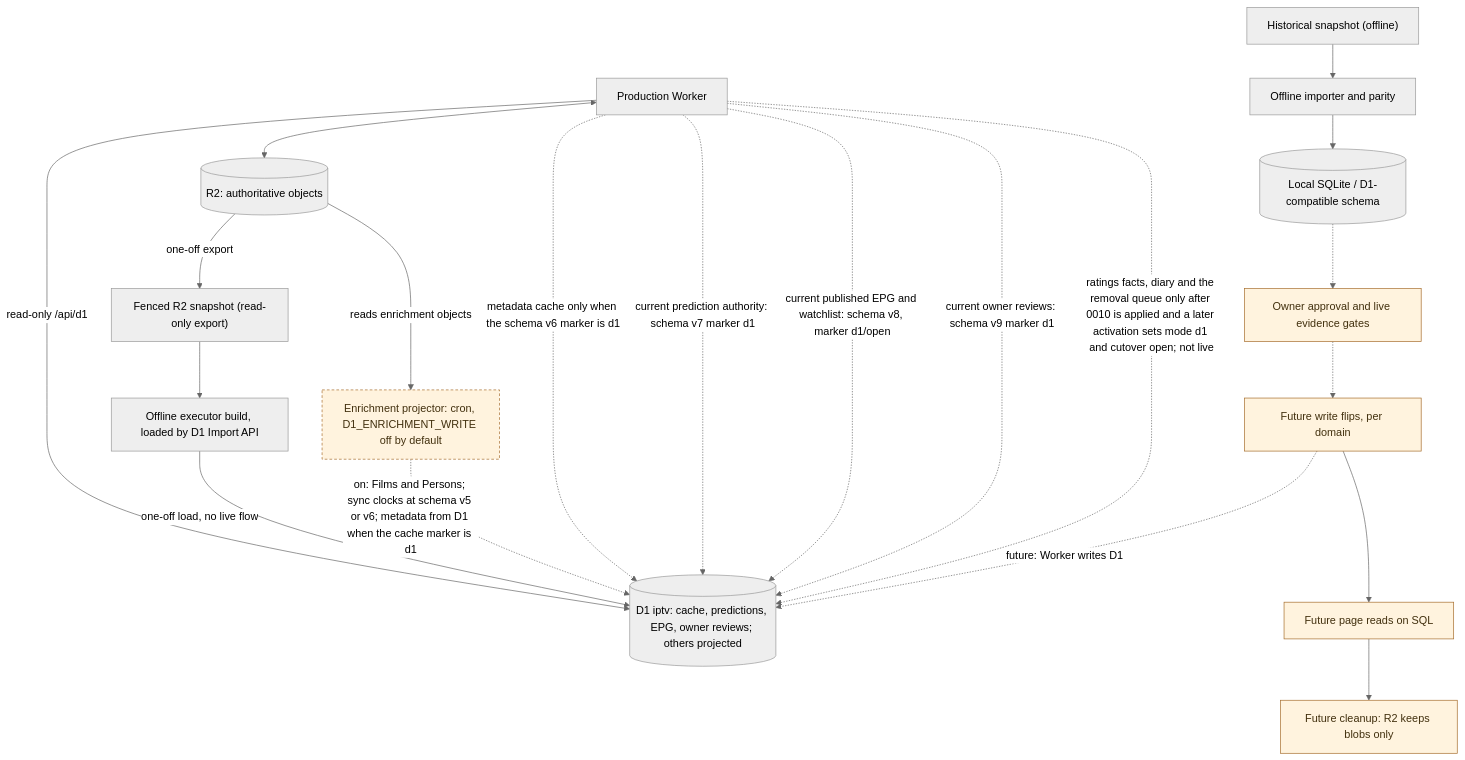
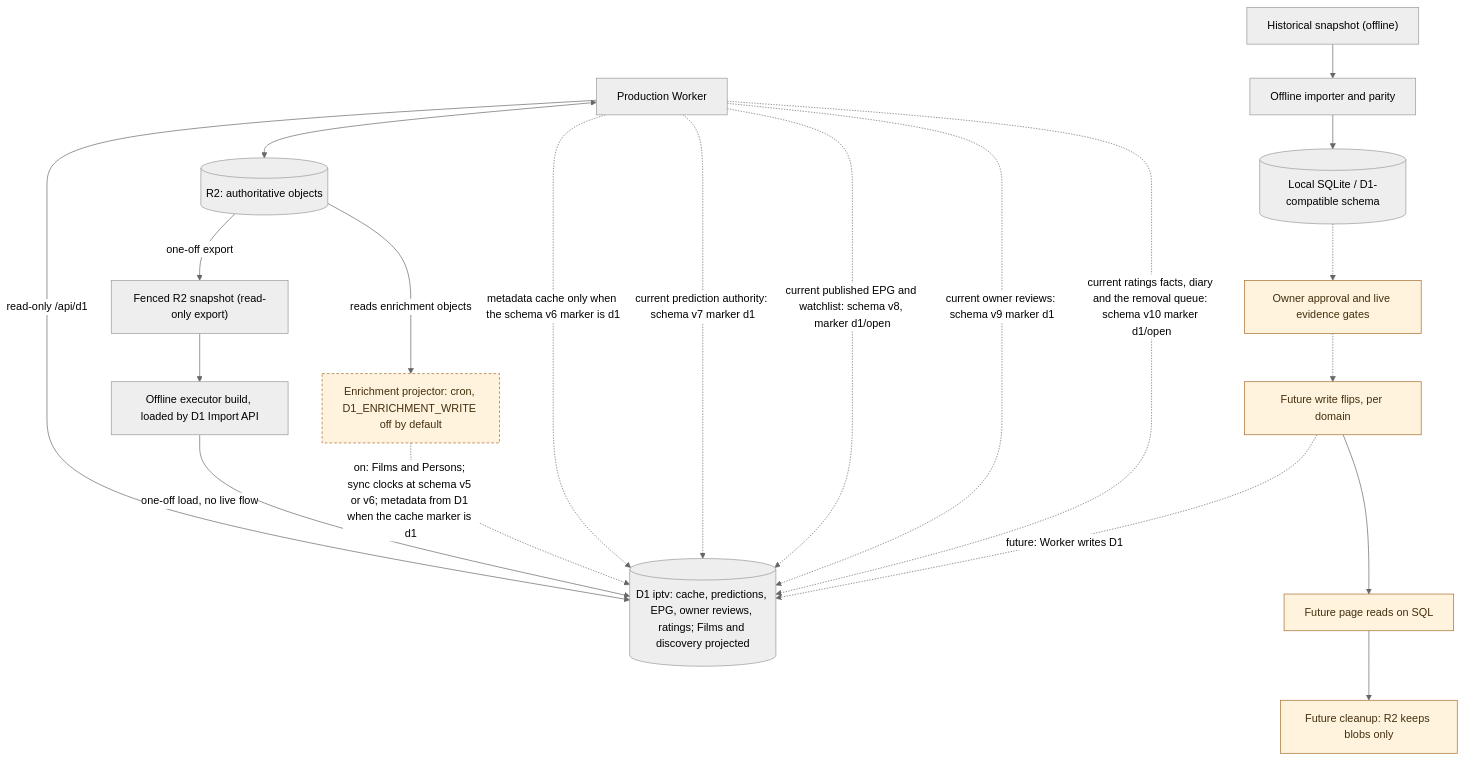
One commit to vladimino/iptv-watchlist changed the diagram in docs/architecture/persistence-and-migration.md. Above: the diagram before and after it, drawn with Mermaid (neutral theme). The commit also changed other lines of this file and 13 other files, not shown here.

First line of the commit message:
Record the ratings marker activation to d1.

````diff
--- a/docs/architecture/persistence-and-migration.md
+++ b/docs/architecture/persistence-and-migration.md
@@ -5,33 +5,33 @@
 ```mermaid
 flowchart TD
     worker["Production Worker"]
     r2[("R2: authoritative objects")]
     archive["Historical snapshot (offline)"]
     importer["Offline importer and parity"]
     local[("Local SQLite / D1-compatible schema")]
     gate["Owner approval and live evidence gates"]
     snapshot["Fenced R2 snapshot (read-only export)"]
     reload["Offline executor build, loaded by D1 Import API"]
-    d1[("D1 iptv: cache, predictions, EPG, owner reviews; others projected")]
+    d1[("D1 iptv: cache, predictions, EPG, owner reviews, ratings; Films and discovery projected")]
     projector["Enrichment projector: cron, D1_ENRICHMENT_WRITE off by default"]
     flipWrite["Future write flips, per domain"]
     flipRead["Future page reads on SQL"]
     retire["Future cleanup: R2 keeps blobs only"]
     worker <--> r2
     worker -->|read-only /api/d1| d1
     archive --> importer --> local
     local -.-> gate
     r2 -->|one-off export| snapshot --> reload -->|one-off load, no live flow| d1
     r2 -->|reads enrichment objects| projector -.->|on: Films and Persons; sync clocks at schema v5 or v6; metadata from D1 when the cache marker is d1| d1
     worker -.->|metadata cache only when the schema v6 marker is d1| d1
     worker -.->|current prediction authority: schema v7 marker d1| d1
     worker -.->|current published EPG and watchlist: schema v8, marker d1/open| d1
     worker -.->|current owner reviews: schema v9 marker d1| d1
-    worker -.->|ratings facts, diary and the removal queue only after 0010 is applied and a later activation sets mode d1 and cutover open; not live| d1
+    worker -.->|current ratings facts, diary and the removal queue: schema v10 marker d1/open| d1
     gate -.-> flipWrite -.->|future: Worker writes D1| d1
     flipWrite --> flipRead --> retire
     classDef future fill:#fff3de,stroke:#a56c2b,color:#42300e
     classDef gated fill:#fff3de,stroke:#a56c2b,color:#42300e,stroke-dasharray:4 3
     class gate,flipWrite,flipRead,retire future
     class projector gated
 ```
````
